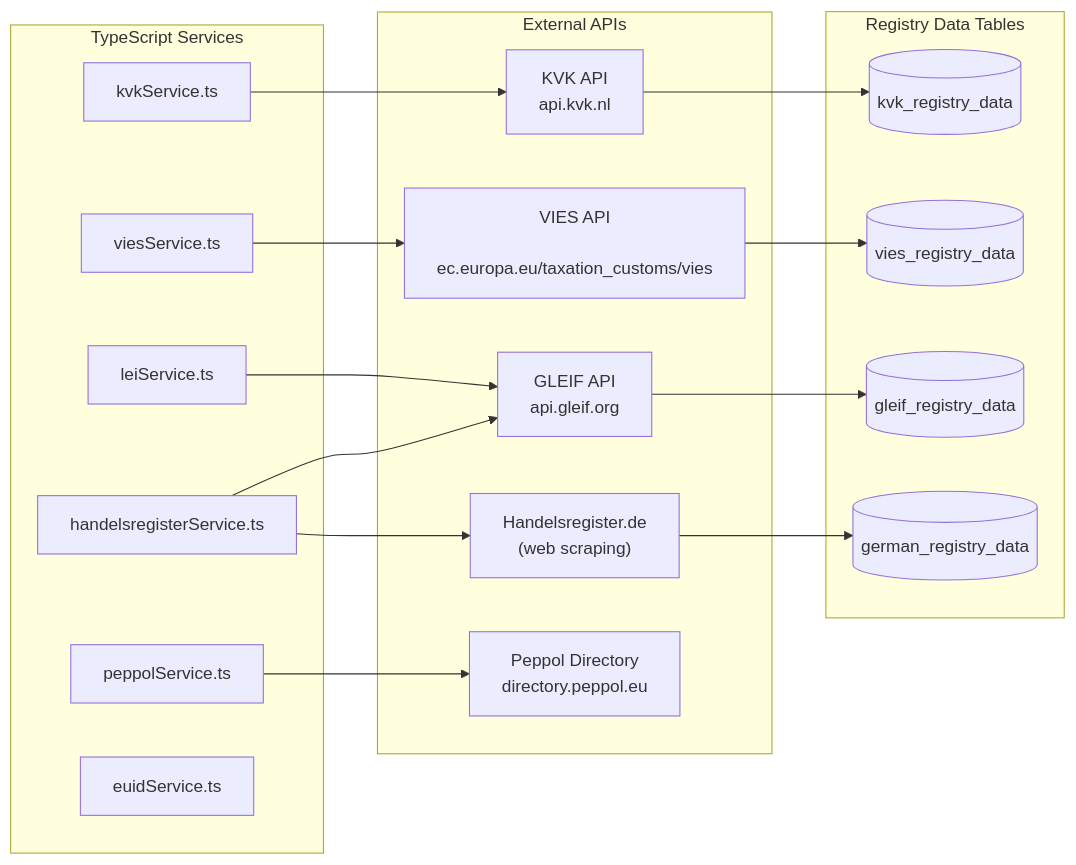
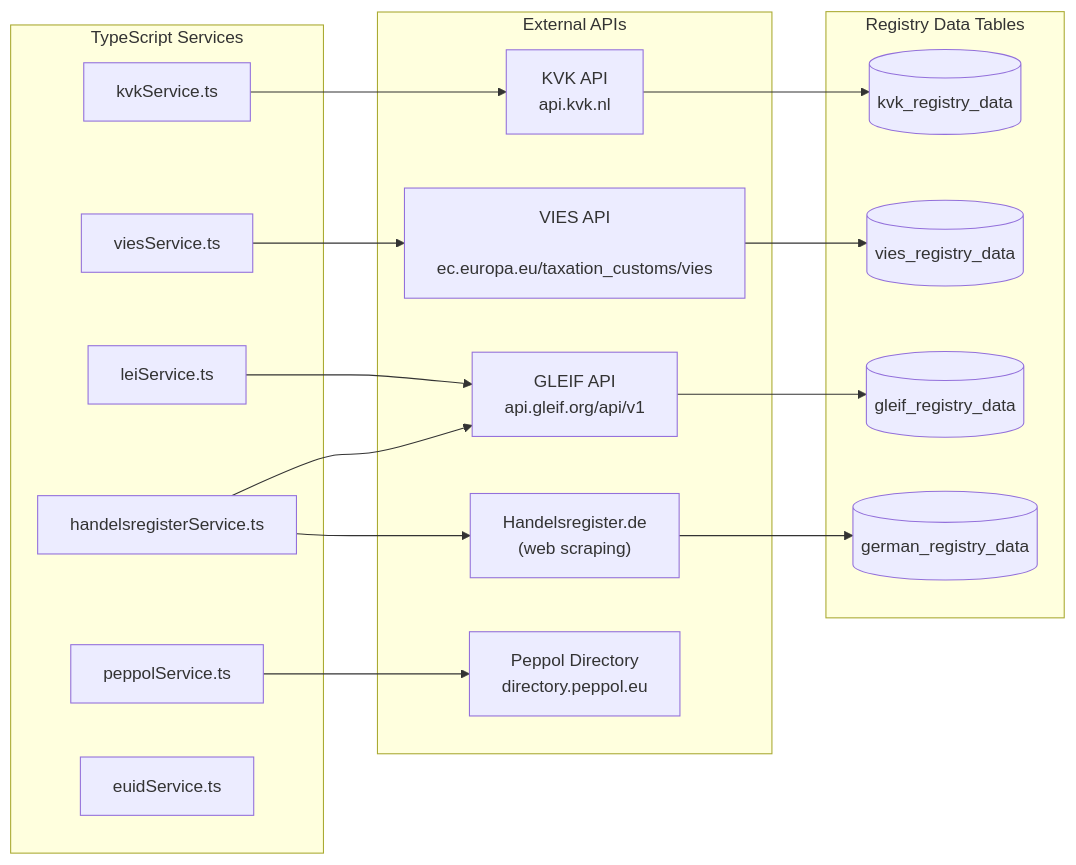
Before and after one commit to DeNoronha/ctn-asr-demo: the fourth of 7 diagrams in docs/ENRICHMENT_ARCHITECTURE.md, drawn with Mermaid. The commit also changed other lines of this file, not shown here.

Commit message:
docs: update ENRICHMENT_ARCHITECTURE.md with GLEIF search strategy and lessons learned

````diff
--- a/docs/ENRICHMENT_ARCHITECTURE.md
+++ b/docs/ENRICHMENT_ARCHITECTURE.md
@@ -249,43 +317,43 @@
 ```mermaid
 flowchart LR
     subgraph Services["TypeScript Services"]
         KVK_SVC[kvkService.ts]
         VIES_SVC[viesService.ts]
         LEI_SVC[leiService.ts]
         HR_SVC[handelsregisterService.ts]
         PEPPOL_SVC[peppolService.ts]
         EUID_SVC[euidService.ts]
     end
 
     subgraph APIs["External APIs"]
         KVK_API["KVK API
         api.kvk.nl"]
         VIES_API["VIES API
         ec.europa.eu/taxation_customs/vies"]
         GLEIF_API["GLEIF API
-        api.gleif.org"]
+        api.gleif.org/api/v1"]
         PEPPOL_API["Peppol Directory
         directory.peppol.eu"]
         HR_WEB["Handelsregister.de
         (web scraping)"]
     end
 
     subgraph Data["Registry Data Tables"]
         KVK_DATA[(kvk_registry_data)]
         VIES_DATA[(vies_registry_data)]
         GLEIF_DATA[(gleif_registry_data)]
         DE_DATA[(german_registry_data)]
     end
 
     KVK_SVC --> KVK_API
     VIES_SVC --> VIES_API
     LEI_SVC --> GLEIF_API
     HR_SVC --> HR_WEB
     HR_SVC --> GLEIF_API
     PEPPOL_SVC --> PEPPOL_API
 
     KVK_API --> KVK_DATA
     VIES_API --> VIES_DATA
     GLEIF_API --> GLEIF_DATA
     HR_WEB --> DE_DATA
 ```
````
